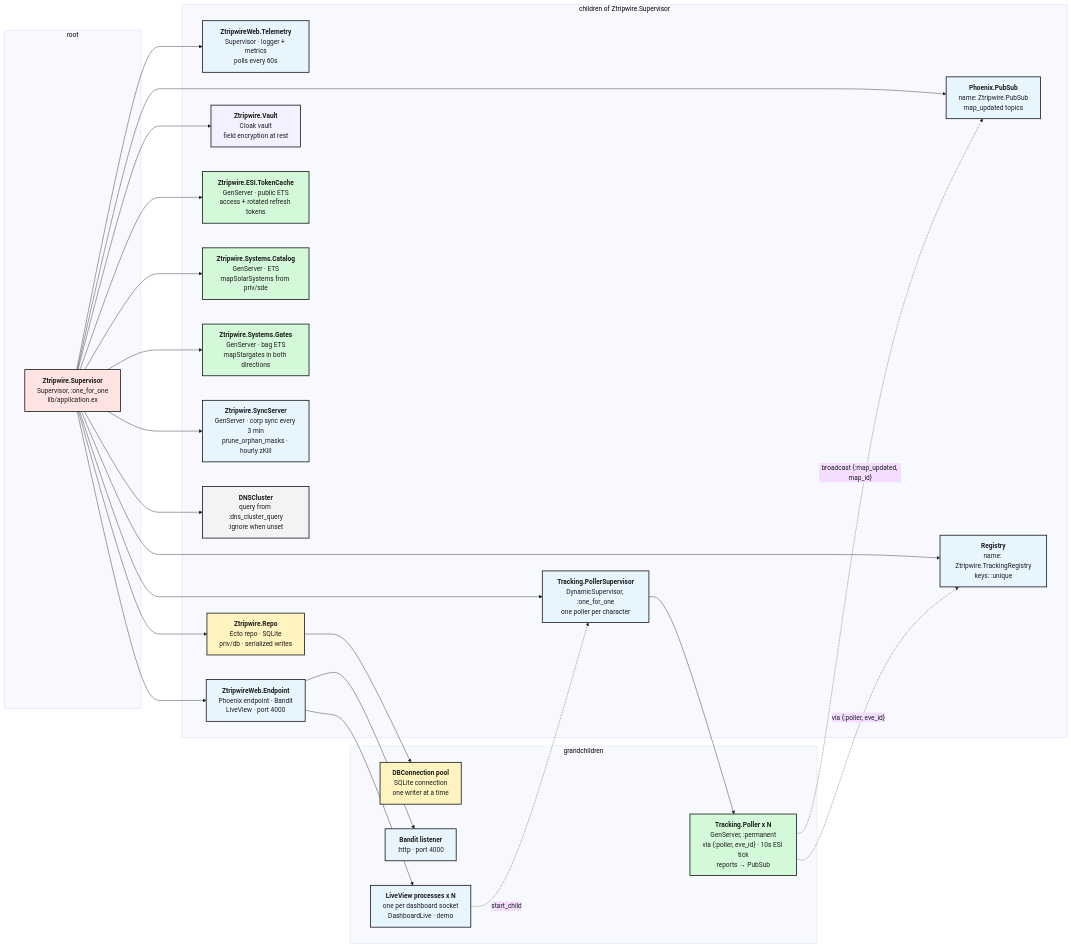
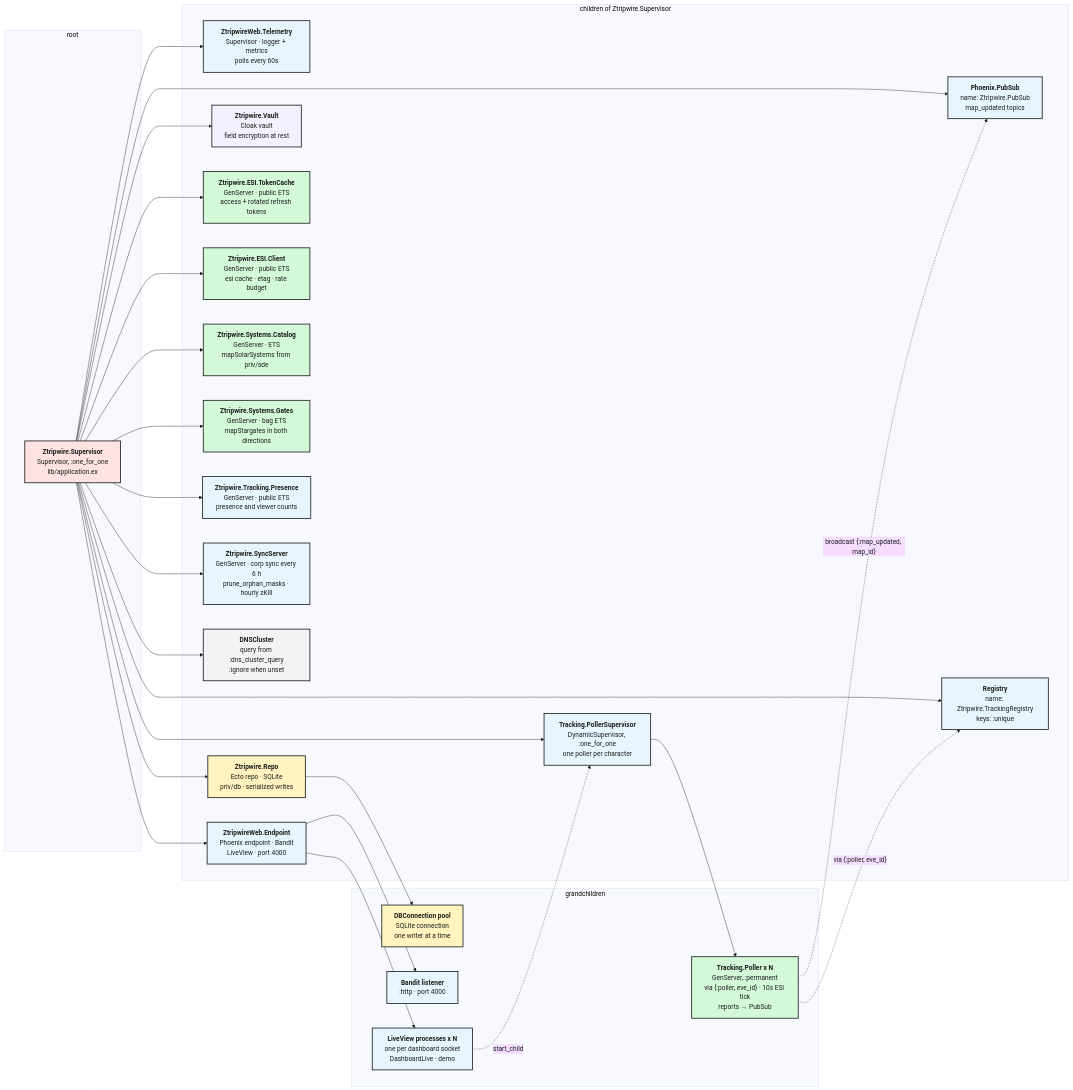
One commit to sudo-adduser-jordan/tripwire changed the first of 2 diagrams in docs/architecture.md. Above: the diagram before and after it, drawn with Mermaid. The commit also changed other lines of this file and 28 other files, not shown here.

````diff
--- a/docs/architecture.md
+++ b/docs/architecture.md
@@ -15,52 +15,56 @@
 ```mermaid
 %%{init: {"theme": "base", "flowchart": {"curve": "basis", "nodeSpacing": 60, "rankSpacing": 100, "wrappingWidth": 200}, "themeVariables": {"fontFamily": "sans-serif", "lineColor": "#1e1e1e", "primaryTextColor": "#1e1e1e"}}}%%
 flowchart LR
   subgraph root_column["root"]
     ztripwire_supervisor["<b>Ztripwire.Supervisor</b><br/>Supervisor, :one_for_one<br/>lib/application.ex"]:::rose
   end
   subgraph child_column["children of Ztripwire.Supervisor"]
     ztripwireweb_telemetry["<b>ZtripwireWeb.Telemetry</b><br/>Supervisor · logger + metrics<br/>polls every 60s"]:::blue
     ztripwire_repo["<b>Ztripwire.Repo</b><br/>Ecto repo · SQLite<br/>priv/db · serialized writes"]:::yellow
     ztripwire_vault["<b>Ztripwire.Vault</b><br/>Cloak vault<br/>field encryption at rest"]:::violet
     ztripwire_esi_tokencache["<b>Ztripwire.ESI.TokenCache</b><br/>GenServer · public ETS<br/>access + rotated refresh tokens"]:::green
+    ztripwire_esi_client["<b>Ztripwire.ESI.Client</b><br/>GenServer · public ETS<br/>esi cache · etag · rate budget"]:::green
     ztripwire_systems_catalog["<b>Ztripwire.Systems.Catalog</b><br/>GenServer · ETS<br/>mapSolarSystems from priv/sde"]:::green
     ztripwire_systems_gates["<b>Ztripwire.Systems.Gates</b><br/>GenServer · bag ETS<br/>mapStargates in both directions"]:::green
     phoenix_pubsub["<b>Phoenix.PubSub</b><br/>name: Ztripwire.PubSub<br/>map_updated topics"]:::blue
+    ztripwire_tracking_presence["<b>Ztripwire.Tracking.Presence</b><br/>GenServer · public ETS<br/>presence and viewer counts"]:::blue
     tracking_pollersupervisor["<b>Tracking.PollerSupervisor</b><br/>DynamicSupervisor, :one_for_one<br/>one poller per character"]:::blue
     registry["<b>Registry</b><br/>name: Ztripwire.TrackingRegistry<br/>keys: :unique"]:::blue
-    ztripwire_syncserver["<b>Ztripwire.SyncServer</b><br/>GenServer · corp sync every 3 min<br/>prune_orphan_masks · hourly zKill"]:::blue
+    ztripwire_syncserver["<b>Ztripwire.SyncServer</b><br/>GenServer · corp sync every 6 h<br/>prune_orphan_masks · hourly zKill"]:::blue
     dnscluster["<b>DNSCluster</b><br/>query from :dns_cluster_query<br/>:ignore when unset"]:::gray
     ztripwireweb_endpoint["<b>ZtripwireWeb.Endpoint</b><br/>Phoenix endpoint · Bandit<br/>LiveView · port 4000"]:::blue
   end
   subgraph grandchild_column["grandchildren"]
     dbconnection_pool["<b>DBConnection pool</b><br/>SQLite connection<br/>one writer at a time"]:::yellow
     tracking_poller_x_n["<b>Tracking.Poller x N</b><br/>GenServer, :permanent<br/>via {:poller, eve_id} · 10s ESI tick<br/>reports → PubSub"]:::green
     bandit_listener["<b>Bandit listener</b><br/>:http · port 4000"]:::blue
     liveview_processes_x_n["<b>LiveView processes x N</b><br/>one per dashboard socket<br/>DashboardLive · demo"]:::blue
   end
   ztripwire_supervisor --> ztripwireweb_telemetry
   ztripwire_supervisor --> ztripwire_repo
   ztripwire_supervisor --> ztripwire_vault
   ztripwire_supervisor --> ztripwire_esi_tokencache
+  ztripwire_supervisor --> ztripwire_esi_client
   ztripwire_supervisor --> ztripwire_systems_catalog
   ztripwire_supervisor --> ztripwire_systems_gates
   ztripwire_supervisor --> phoenix_pubsub
+  ztripwire_supervisor --> ztripwire_tracking_presence
   ztripwire_supervisor --> tracking_pollersupervisor
   ztripwire_supervisor --> registry
   ztripwire_supervisor --> ztripwire_syncserver
   ztripwire_supervisor --> dnscluster
   ztripwire_supervisor --> ztripwireweb_endpoint
   ztripwire_repo --> dbconnection_pool
   tracking_pollersupervisor --> tracking_poller_x_n
   ztripwireweb_endpoint --> bandit_listener
   ztripwireweb_endpoint --> liveview_processes_x_n
   tracking_poller_x_n -.->|"via {:poller, eve_id}"| registry
   tracking_poller_x_n -.->|"broadcast {:map_updated, map_id}"| phoenix_pubsub
   liveview_processes_x_n -.->|"start_child"| tracking_pollersupervisor
   classDef rose fill:#ffe3e3,stroke:#1e1e1e,stroke-width:2px,color:#1e1e1e
   classDef blue fill:#e7f5ff,stroke:#1e1e1e,stroke-width:2px,color:#1e1e1e
   classDef yellow fill:#fff3bf,stroke:#1e1e1e,stroke-width:2px,color:#1e1e1e
   classDef violet fill:#f3f0ff,stroke:#1e1e1e,stroke-width:2px,color:#1e1e1e
   classDef green fill:#d3f9d8,stroke:#1e1e1e,stroke-width:2px,color:#1e1e1e
   classDef gray fill:#f1f3f5,stroke:#1e1e1e,stroke-width:2px,color:#1e1e1e
 ```
````
